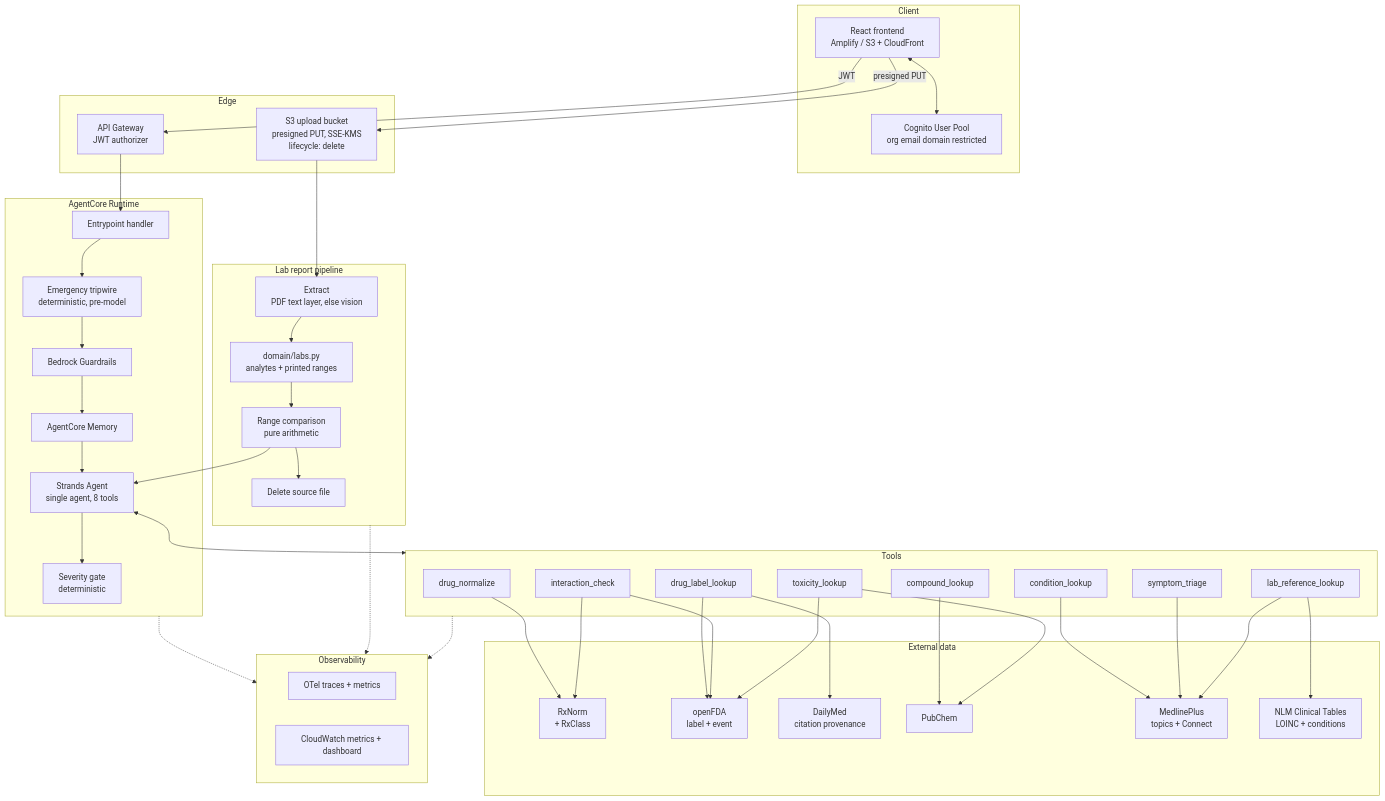
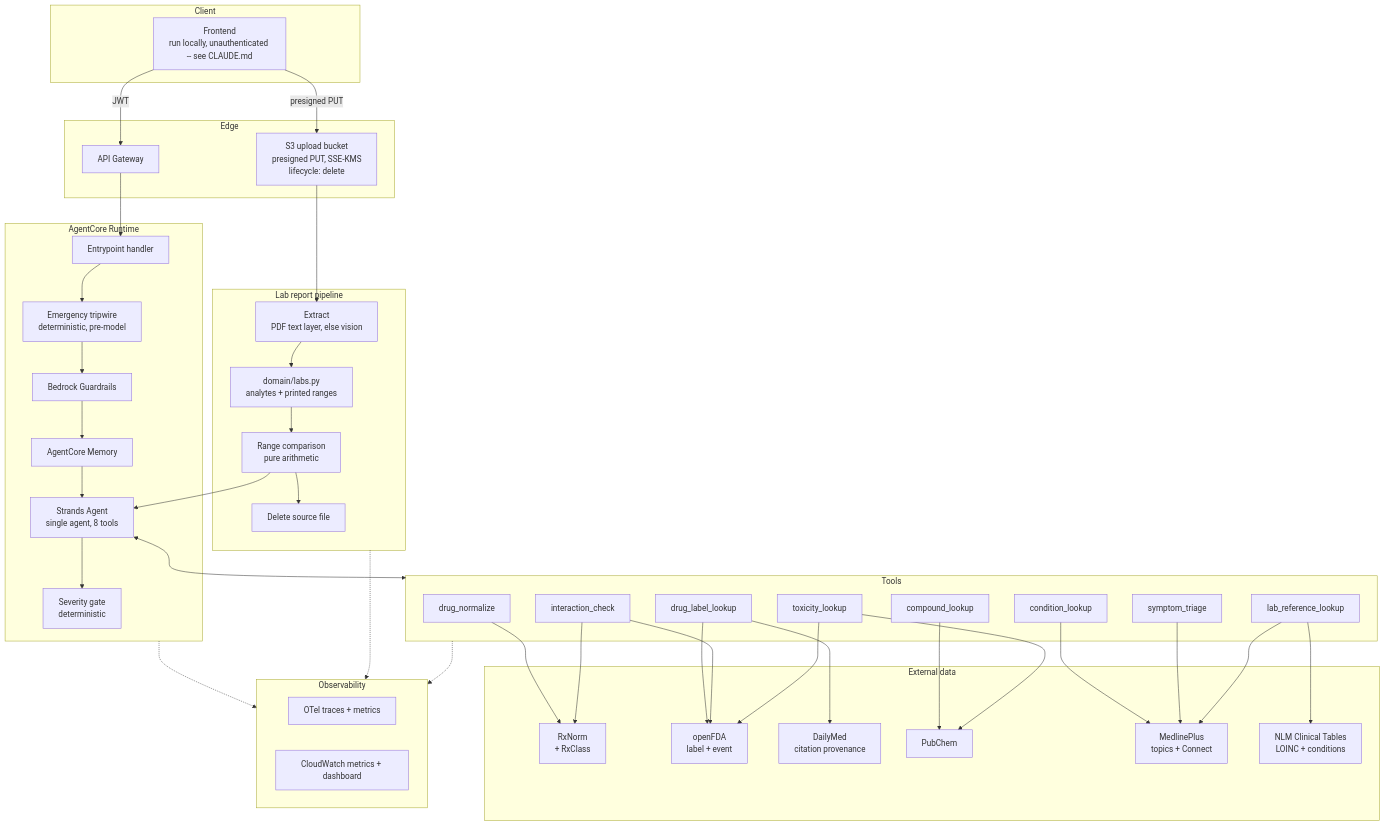
The diagram in docs/architecture.md (KaarthikMS/drugagent), drawn with Mermaid before and after one commit. The commit also changed other lines of this file and 19 other files, not shown here.

First line of the commit message:
refactor: drop Cognito auth stack, make the API unauthenticated

````diff
--- a/docs/architecture.md
+++ b/docs/architecture.md
@@ -63,76 +63,74 @@
 ```mermaid
 flowchart TB
     subgraph CLIENT["Client"]
-        FE["React frontend<br/>Amplify / S3 + CloudFront"]
-        COG["Cognito User Pool<br/>org email domain restricted"]
-        FE <--> COG
+        FE["Frontend<br/>run locally, unauthenticated -- see CLAUDE.md"]
     end
 
     subgraph EDGE["Edge"]
-        APIGW["API Gateway<br/>JWT authorizer"]
+        APIGW["API Gateway"]
         S3["S3 upload bucket<br/>presigned PUT, SSE-KMS<br/>lifecycle: delete"]
     end
 
     subgraph RUNTIME["AgentCore Runtime"]
         HANDLER["Entrypoint handler"]
         TW["Emergency tripwire<br/>deterministic, pre-model"]
         GRD["Bedrock Guardrails"]
         MEM["AgentCore Memory"]
         AGENT["Strands Agent<br/>single agent, 8 tools"]
         GATE["Severity gate<br/>deterministic"]
         HANDLER --> TW --> GRD --> MEM --> AGENT --> GATE
     end
 
     subgraph LAB["Lab report pipeline"]
         EXTRACT["Extract<br/>PDF text layer, else vision"]
         PARSE["domain/labs.py<br/>analytes + printed ranges"]
         FLAG["Range comparison<br/>pure arithmetic"]
         DEL["Delete source file"]
         EXTRACT --> PARSE --> FLAG --> DEL
     end
 
     subgraph TOOLS["Tools"]
         T1["drug_normalize"]
         T2["drug_label_lookup"]
         T3["interaction_check"]
         T4["compound_lookup"]
         T5["toxicity_lookup"]
         T6["condition_lookup"]
         T7["symptom_triage"]
         T8["lab_reference_lookup"]
     end
 
     subgraph EXT["External data"]
         RX["RxNorm<br/>+ RxClass"]
         FDA["openFDA<br/>label + event"]
         DM["DailyMed<br/>citation provenance"]
         PC["PubChem"]
         MP["MedlinePlus<br/>topics + Connect"]
         CT["NLM Clinical Tables<br/>LOINC + conditions"]
     end
 
     subgraph OBS["Observability"]
         OTEL["OTel traces + metrics"]
         CW["CloudWatch metrics + dashboard"]
     end
 
     FE -->|JWT| APIGW --> HANDLER
     FE -->|presigned PUT| S3 --> EXTRACT
     FLAG --> AGENT
     AGENT <--> TOOLS
     T1 --> RX
     T2 --> FDA
     T2 --> DM
     T3 --> FDA
     T3 --> RX
     T4 --> PC
     T5 --> FDA
     T5 --> PC
     T6 --> MP
     T7 --> MP
     T8 --> CT
     T8 --> MP
     RUNTIME -.-> OBS
     LAB -.-> OBS
     TOOLS -.-> OBS
 ```
````
